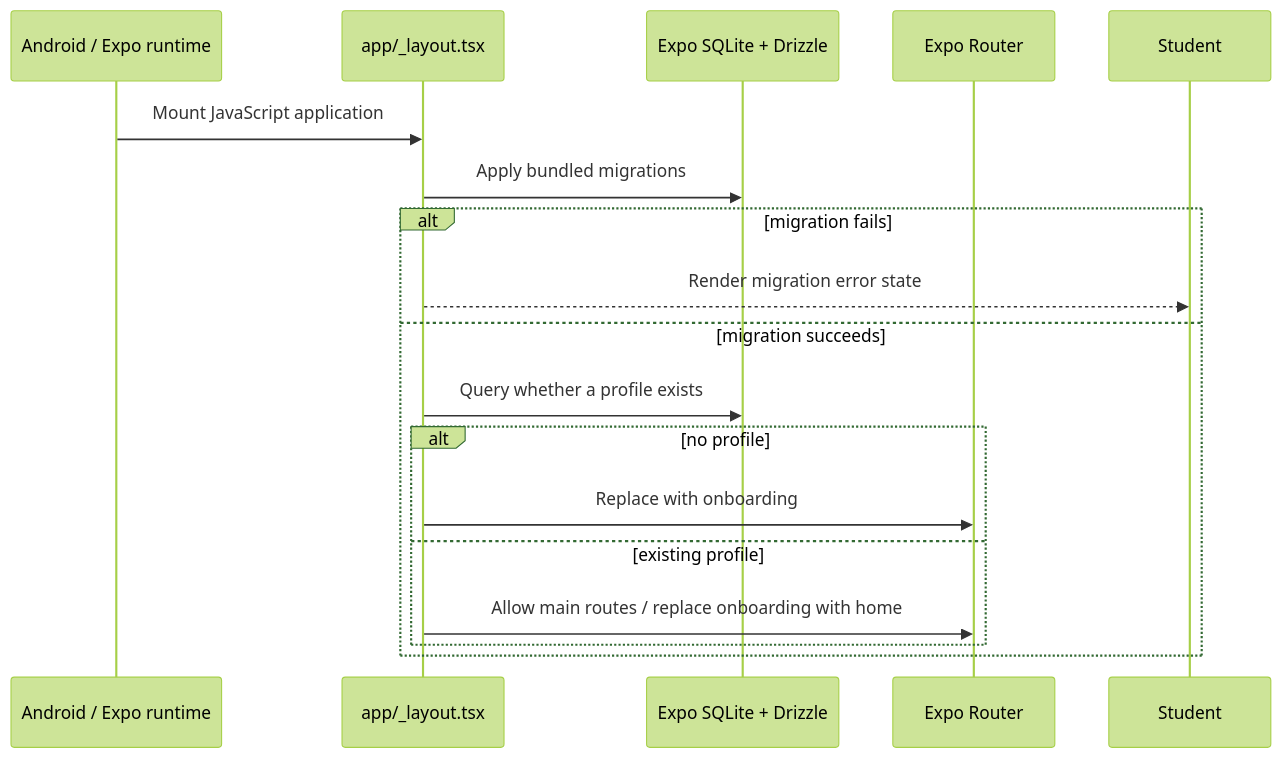
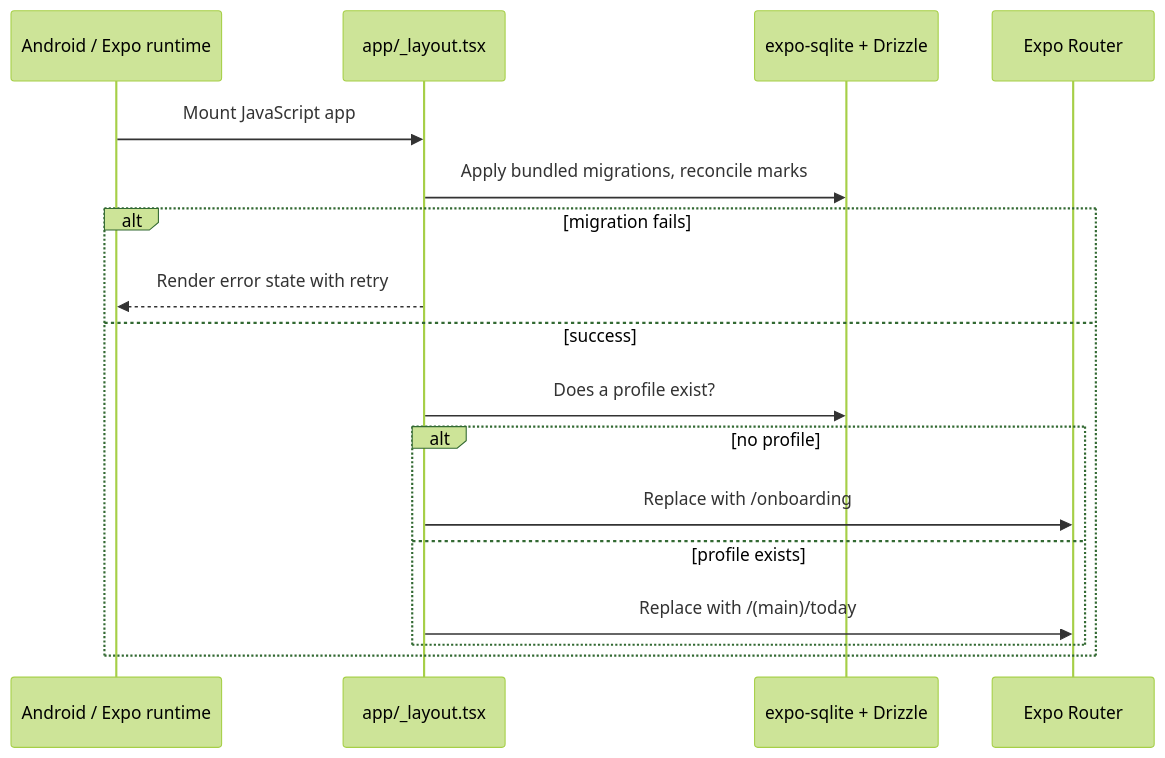
Before and after one commit to aashu035/UniOS: the second of 4 diagrams in docs/architecture/ARCHITECTURE.md, drawn with Mermaid (forest theme). The commit also changed other lines of this file and 12 other files, not shown here.

````diff
--- a/docs/architecture/ARCHITECTURE.md
+++ b/docs/architecture/ARCHITECTURE.md
@@ -69,21 +65,20 @@
 ```mermaid
 sequenceDiagram
     participant Native as Android / Expo runtime
     participant Root as app/_layout.tsx
-    participant DB as Expo SQLite + Drizzle
+    participant DB as expo-sqlite + Drizzle
     participant Router as Expo Router
-    participant Student as Student
 
-    Native->>Root: Mount JavaScript application
-    Root->>DB: Apply bundled migrations
+    Native->>Root: Mount JavaScript app
+    Root->>DB: Apply bundled migrations, reconcile marks
     alt migration fails
-        Root-->>Student: Render migration error state
-    else migration succeeds
-        Root->>DB: Query whether a profile exists
+        Root-->>Native: Render error state with retry
+    else success
+        Root->>DB: Does a profile exist?
         alt no profile
-            Root->>Router: Replace with onboarding
-        else existing profile
-            Root->>Router: Allow main routes / replace onboarding with home
+            Root->>Router: Replace with /onboarding
+        else profile exists
+            Root->>Router: Replace with /(main)/today
         end
     end
 ```
````
